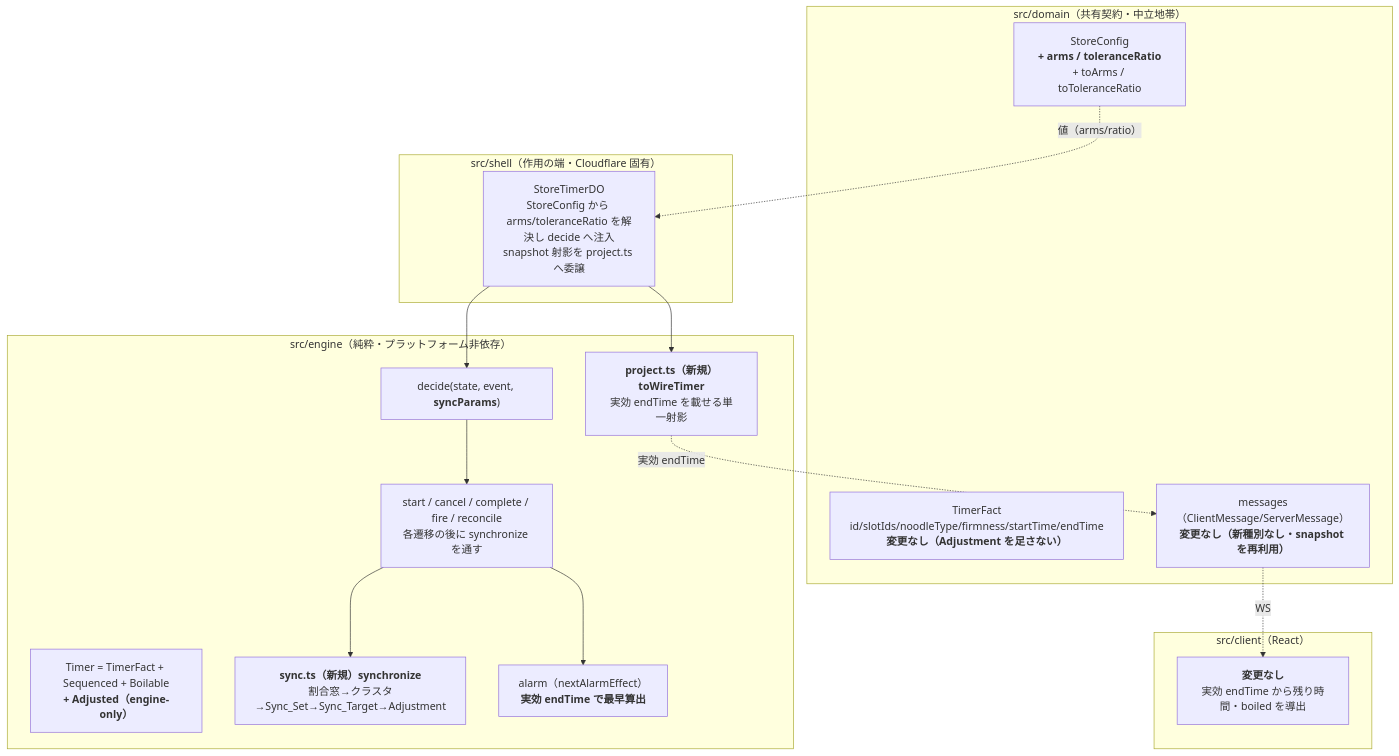
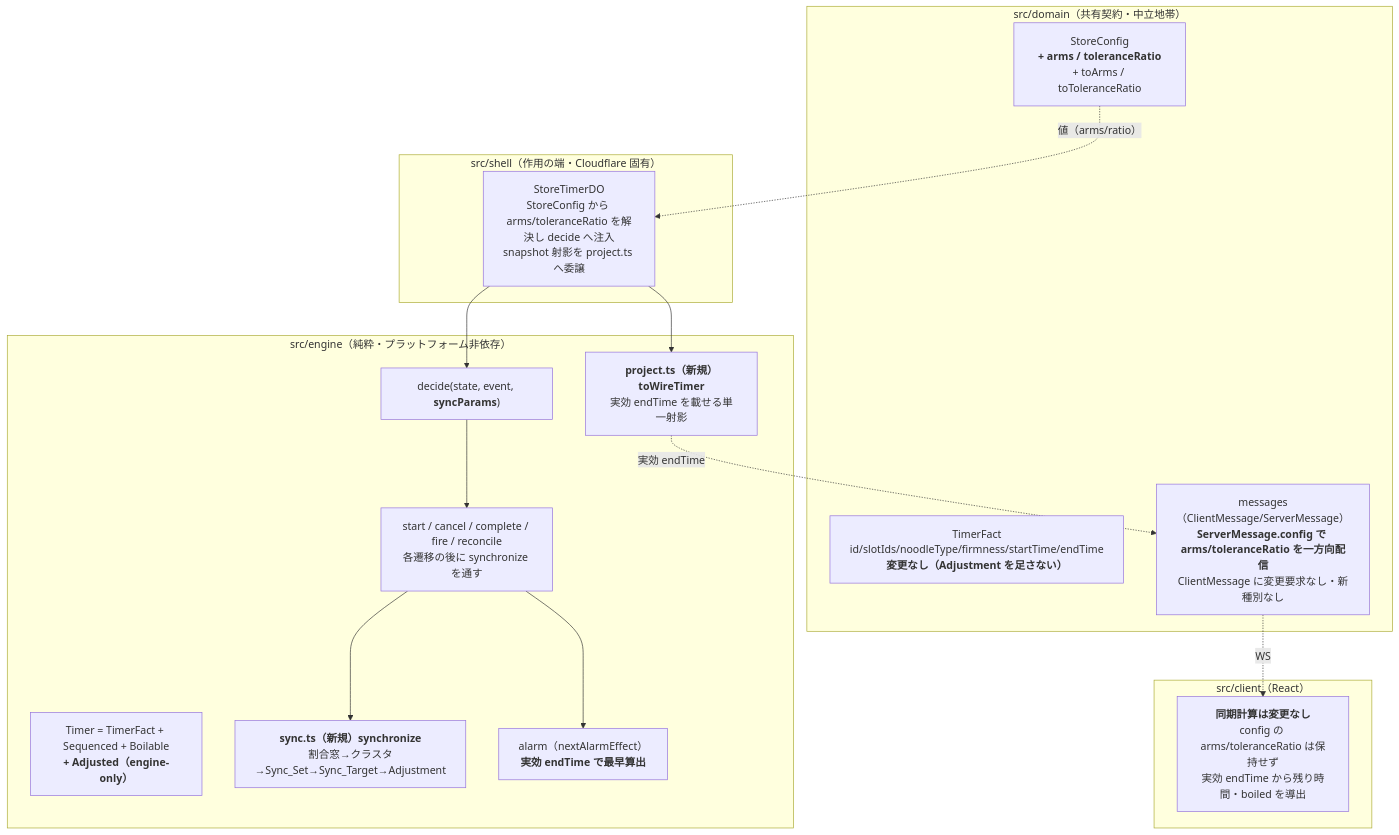
The first of 3 diagrams in .kiro/specs/synchronized-boil-adjustment/design.md (mikomokaru/durable-yudemen), drawn with Mermaid before and after one commit. The commit also changed other lines of this file and 28 other files, not shown here.

````diff
--- a/.kiro/specs/synchronized-boil-adjustment/design.md
+++ b/.kiro/specs/synchronized-boil-adjustment/design.md
@@ -45,29 +45,29 @@
 ```mermaid
 flowchart TB
   subgraph domain["src/domain（共有契約・中立地帯）"]
     TF["TimerFact<br/>id/slotIds/noodleType/firmness/startTime/endTime<br/><b>変更なし（Adjustment を足さない）</b>"]
     SC["StoreConfig<br/><b>+ arms / toleranceRatio</b><br/>+ toArms / toToleranceRatio"]
-    MSG["messages（ClientMessage/ServerMessage）<br/><b>変更なし（新種別なし・snapshot を再利用）</b>"]
+    MSG["messages（ClientMessage/ServerMessage）<br/><b>ServerMessage.config で arms/toleranceRatio を一方向配信</b><br/>ClientMessage に変更要求なし・新種別なし"]
   end
   subgraph engine["src/engine（純粋・プラットフォーム非依存）"]
     TM["Timer = TimerFact + Sequenced + Boilable<br/><b>+ Adjusted（engine-only）</b>"]
     SYNC["<b>sync.ts（新規）synchronize</b><br/>割合窓→クラスタ→Sync_Set→Sync_Target→Adjustment"]
     DEC["decide(state, event, <b>syncParams</b>)"]
     TR["start / cancel / complete / fire / reconcile<br/>各遷移の後に synchronize を通す"]
     ALM["alarm（nextAlarmEffect）<br/><b>実効 endTime で最早算出</b>"]
     PRJ["<b>project.ts（新規）toWireTimer</b><br/>実効 endTime を載せる単一射影"]
   end
   subgraph shell["src/shell（作用の端・Cloudflare 固有）"]
     DO["StoreTimerDO<br/>StoreConfig から arms/toleranceRatio を解決し decide へ注入<br/>snapshot 射影を project.ts へ委譲"]
   end
   subgraph client["src/client（React）"]
-    CL["<b>変更なし</b><br/>実効 endTime から残り時間・boiled を導出"]
+    CL["<b>同期計算は変更なし</b><br/>config の arms/toleranceRatio は保持せず<br/>実効 endTime から残り時間・boiled を導出"]
   end
   DO --> DEC
   DEC --> TR --> SYNC
   TR --> ALM
   DO --> PRJ
   PRJ -.->|実効 endTime| MSG
   MSG -.->|WS| CL
   SC -.->|値（arms/ratio）| DO
 ```
````
